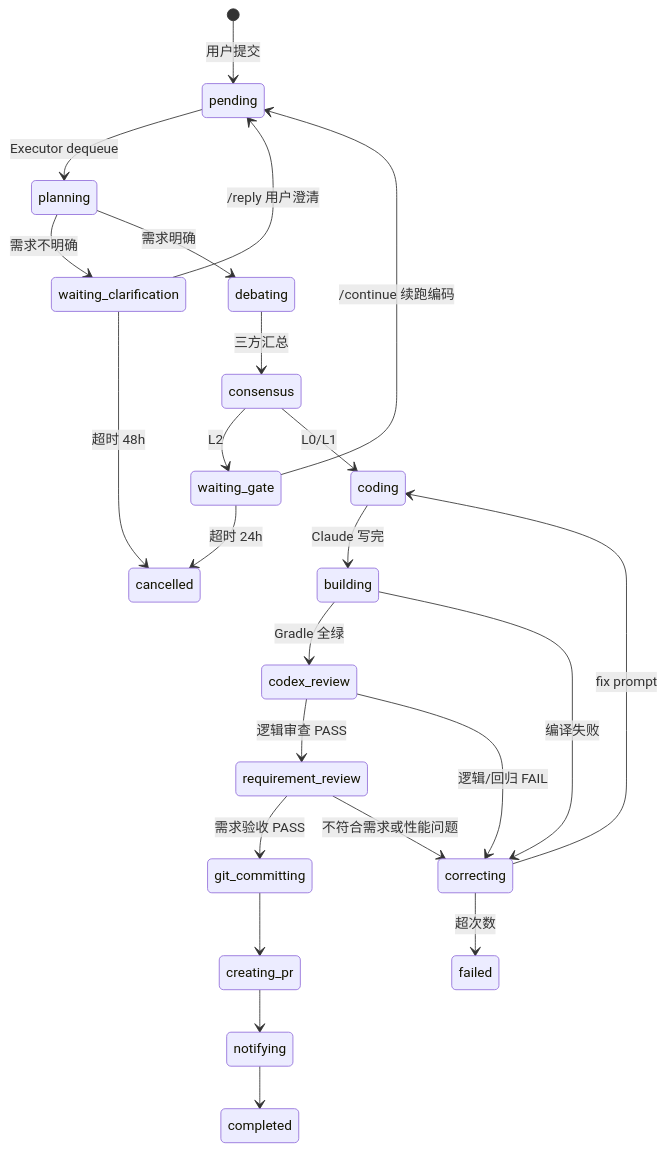
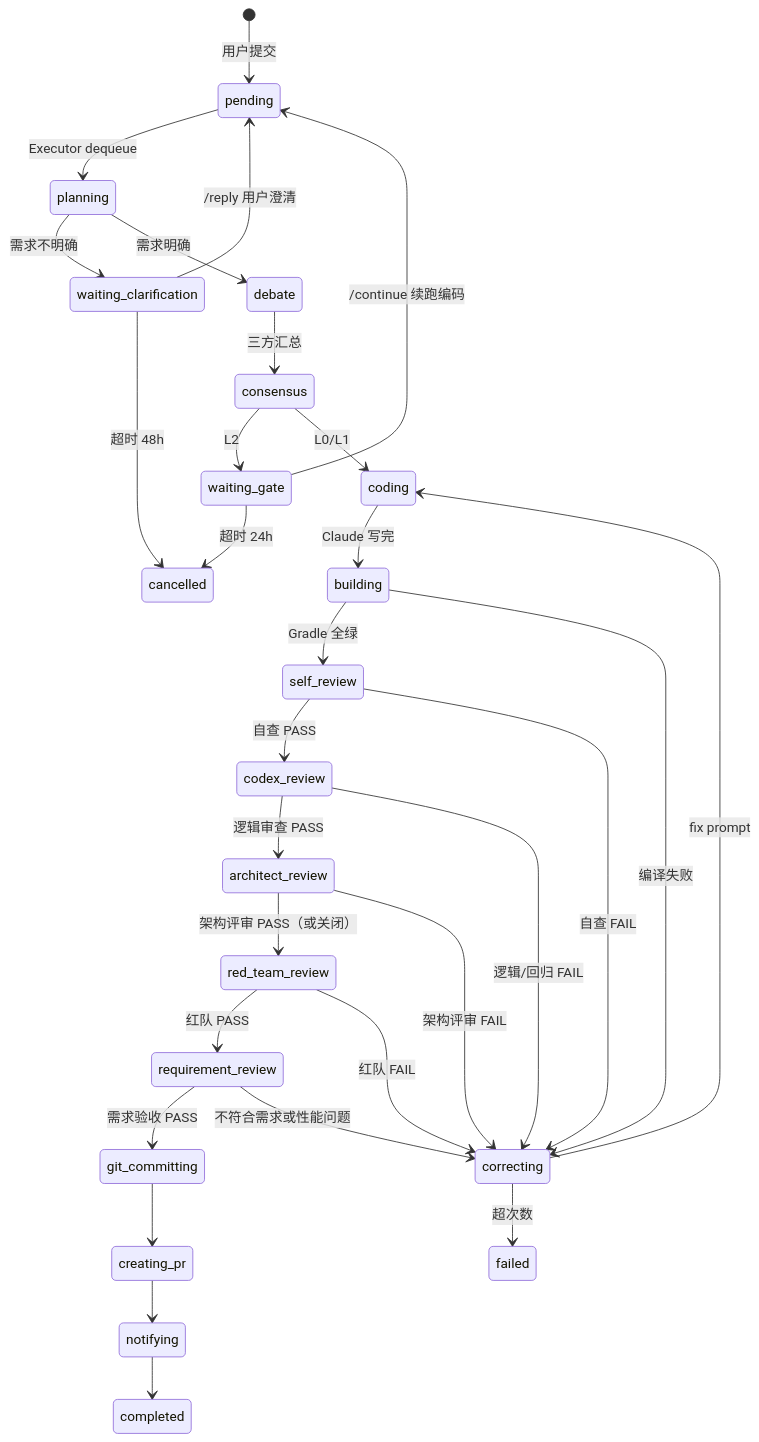
Before and after one commit to TurboSnails/AICodeAgent: the second of 2 diagrams in README.md, drawn with Mermaid. The commit also changed other lines of this file and 91 other files, not shown here.

````diff
--- a/README.md
+++ b/README.md
@@ -69,26 +71,32 @@
 ```mermaid
 stateDiagram-v2
     [*] --> pending: 用户提交
     pending --> planning: Executor dequeue
     planning --> waiting_clarification: 需求不明确
-    planning --> debating: 需求明确
+    planning --> debate: 需求明确
     waiting_clarification --> pending: /reply 用户澄清
     waiting_clarification --> cancelled: 超时 48h
-    debating --> consensus: 三方汇总
+    debate --> consensus: 三方汇总
     consensus --> waiting_gate: L2
     consensus --> coding: L0/L1
     waiting_gate --> pending: /continue 续跑编码
     waiting_gate --> cancelled: 超时 24h
     coding --> building: Claude 写完
-    building --> codex_review: Gradle 全绿
+    building --> self_review: Gradle 全绿
     building --> correcting: 编译失败
-    codex_review --> requirement_review: 逻辑审查 PASS
+    self_review --> codex_review: 自查 PASS
+    self_review --> correcting: 自查 FAIL
+    codex_review --> architect_review: 逻辑审查 PASS
     codex_review --> correcting: 逻辑/回归 FAIL
+    architect_review --> red_team_review: 架构评审 PASS（或关闭）
+    architect_review --> correcting: 架构评审 FAIL
+    red_team_review --> requirement_review: 红队 PASS
+    red_team_review --> correcting: 红队 FAIL
     requirement_review --> git_committing: 需求验收 PASS
     requirement_review --> correcting: 不符合需求或性能问题
     correcting --> coding: fix prompt
     correcting --> failed: 超次数
     git_committing --> creating_pr
     creating_pr --> notifying
     notifying --> completed
 ```
````
